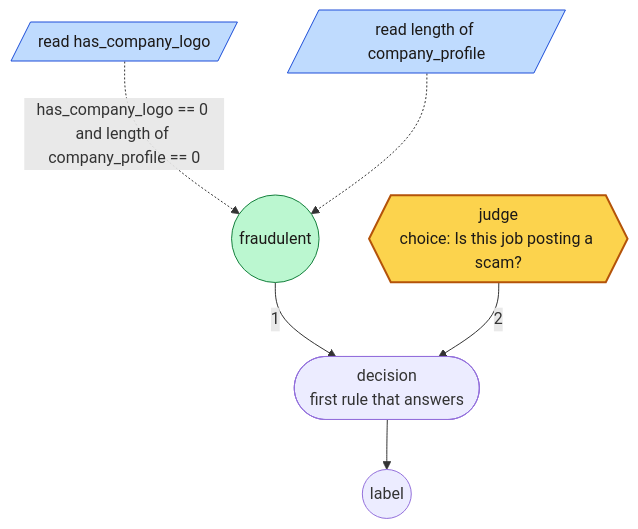
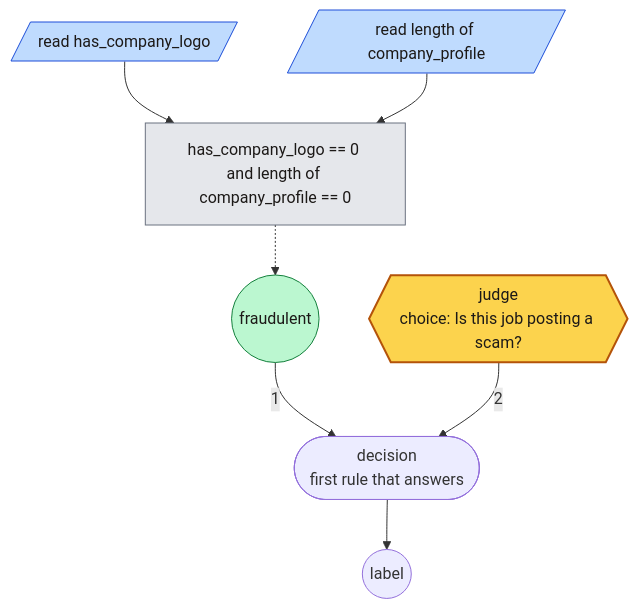
One commit to MCERQUA/rulesmith changed the third of 8 diagrams in README.md. Above: the diagram before and after it, drawn with Mermaid. The commit also changed other lines of this file and 2 other files, not shown here.

First line of the commit message:
Draw a condition over several values as a box fed by each of them

````diff
--- a/README.md
+++ b/README.md
@@ -420,20 +420,24 @@
 ```mermaid
 flowchart TD
     n0[/"read has_company_logo"/]
     n1[/"read length of company_profile"/]
     n2(("fraudulent"))
     n3{{"judge<br/>choice: Is this job posting a scam?"}}
     n4(["decision<br/>first rule that answers"])
-    n0 -.->|"has_company_logo == 0 and length of company_profile == 0"| n2
-    n1 -.-> n2
+    c0["has_company_logo == 0 and length of company_profile == 0"]
+    n0 --> c0
+    n1 --> c0
+    c0 -.-> n2
     n2 -->|"1"| n4
     n3 -->|"2"| n4
     o0(("label"))
     n4 --> o0
     classDef judge fill:#fcd34d,stroke:#b45309,stroke-width:2px,color:#1c1917
     class n3 judge
     classDef read fill:#bfdbfe,stroke:#1d4ed8,color:#1c1917
     class n0,n1 read
     classDef rule fill:#bbf7d0,stroke:#15803d,color:#1c1917
     class n2 rule
+    classDef condition fill:#e5e7eb,stroke:#6b7280,color:#1c1917
+    class c0 condition
 ```
````
